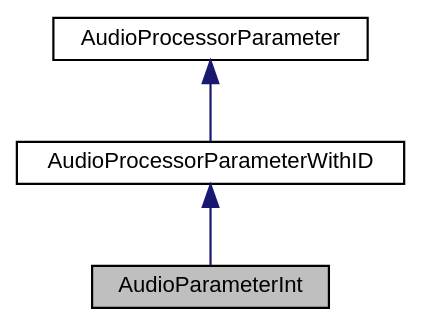
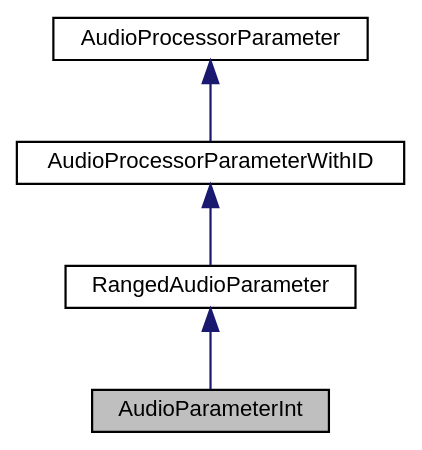
One commit to klangfreund/jucedoc changed the diagram in doc/classAudioParameterInt__inherit__graph.dot. Above: the diagram before and after it, drawn with Graphviz. The commit also changed 2776 other files, not shown here.

```diff
--- a/doc/classAudioParameterInt__inherit__graph.dot
+++ b/doc/classAudioParameterInt__inherit__graph.dot
@@ -1,11 +1,13 @@
 digraph "AudioParameterInt"
 {
   bgcolor="transparent";
   edge [fontname="Helvetica",fontsize="10",labelfontname="Helvetica",labelfontsize="10"];
   node [fontname="Helvetica",fontsize="10",shape=record];
   Node0 [label="AudioParameterInt",height=0.2,width=0.4,color="black", fillcolor="grey75", style="filled", fontcolor="black"];
   Node1 -> Node0 [dir="back",color="midnightblue",fontsize="10",style="solid",fontname="Helvetica"];
-  Node1 [label="AudioProcessorParameterWithID",height=0.2,width=0.4,color="black",URL="$classAudioProcessorParameterWithID.html",tooltip="This abstract base class is used by some AudioProcessorParameter helper classes. "];
+  Node1 [label="RangedAudioParameter",height=0.2,width=0.4,color="black",URL="$classRangedAudioParameter.html",tooltip="This abstract base class is used by some AudioProcessorParameter helper classes. "];
   Node2 -> Node1 [dir="back",color="midnightblue",fontsize="10",style="solid",fontname="Helvetica"];
-  Node2 [label="AudioProcessorParameter",height=0.2,width=0.4,color="black",URL="$classAudioProcessorParameter.html",tooltip="An abstract base class for parameter objects that can be added to an AudioProcessor. "];
+  Node2 [label="AudioProcessorParameterWithID",height=0.2,width=0.4,color="black",URL="$classAudioProcessorParameterWithID.html",tooltip="This abstract base class is used by some AudioProcessorParameter helper classes. "];
+  Node3 -> Node2 [dir="back",color="midnightblue",fontsize="10",style="solid",fontname="Helvetica"];
+  Node3 [label="AudioProcessorParameter",height=0.2,width=0.4,color="black",URL="$classAudioProcessorParameter.html",tooltip="An abstract base class for parameter objects that can be added to an AudioProcessor. "];
 }
```
